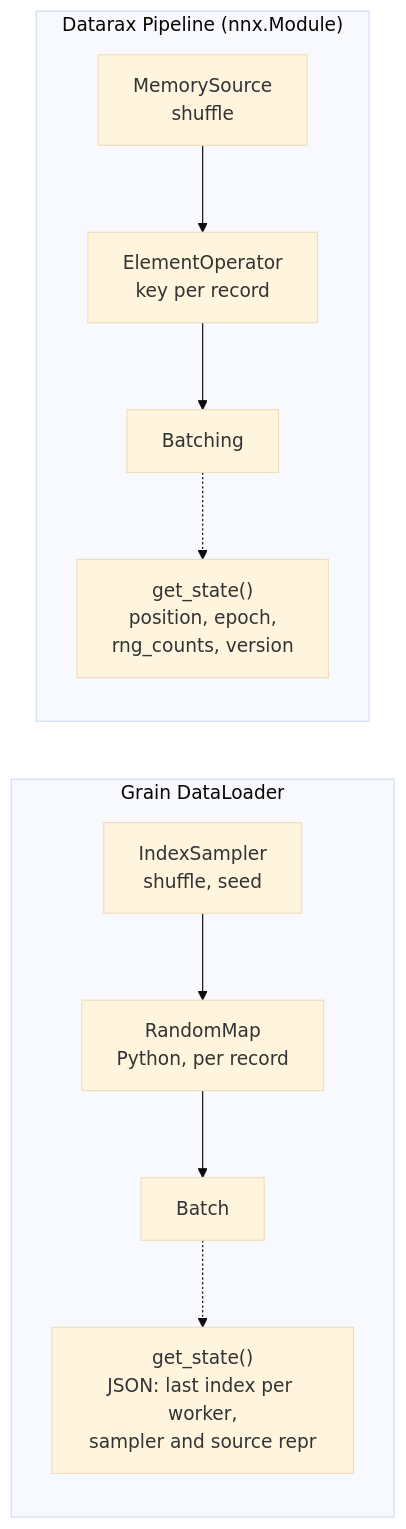
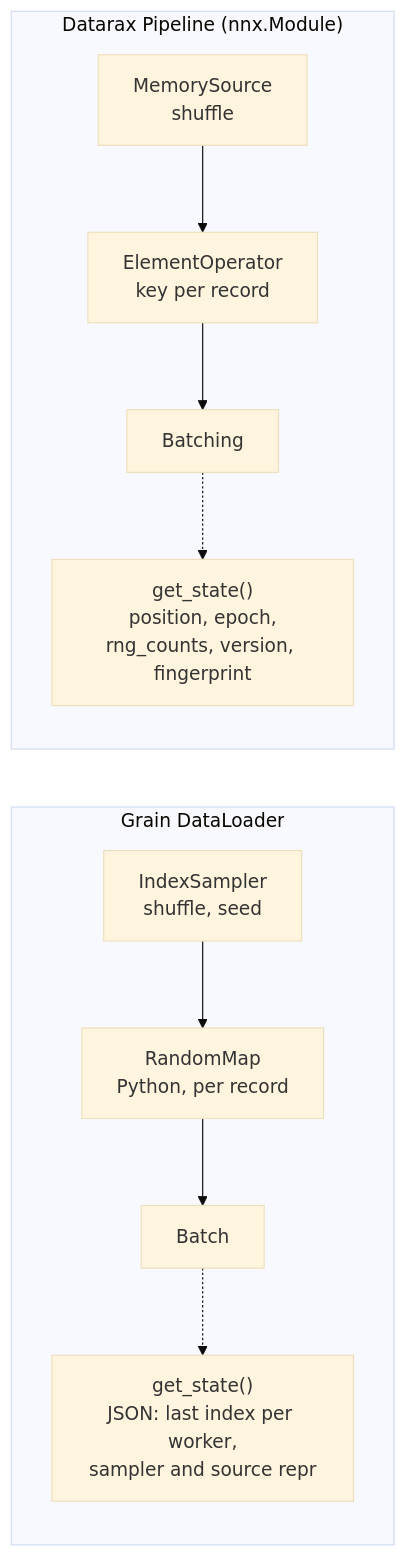
Before and after one commit to avitai/datarax: the diagram in docs/examples/comparison/grain-datarax-quickref.md, drawn with Mermaid (base theme). The commit also changed other lines of this file and 17 other files, not shown here.

````diff
--- a/docs/examples/comparison/grain-datarax-quickref.md
+++ b/docs/examples/comparison/grain-datarax-quickref.md
@@ -190,20 +190,20 @@
 ```mermaid
 flowchart LR
     subgraph Grain["Grain DataLoader"]
         GS["IndexSampler<br/>shuffle, seed"]
         GT["RandomMap<br/>Python, per record"]
         GB["Batch"]
         GC["get_state()<br/>JSON: last index per worker,<br/>sampler and source repr"]
         GS --> GT --> GB
         GB -.-> GC
     end
 
     subgraph Datarax["Datarax Pipeline (nnx.Module)"]
         DS["MemorySource<br/>shuffle"]
         DO["ElementOperator<br/>key per record"]
         DB["Batching"]
-        DC["get_state()<br/>position, epoch,<br/>rng_counts, version"]
+        DC["get_state()<br/>position, epoch,<br/>rng_counts, version, fingerprint"]
         DS --> DO --> DB
         DB -.-> DC
     end
 ```
````
